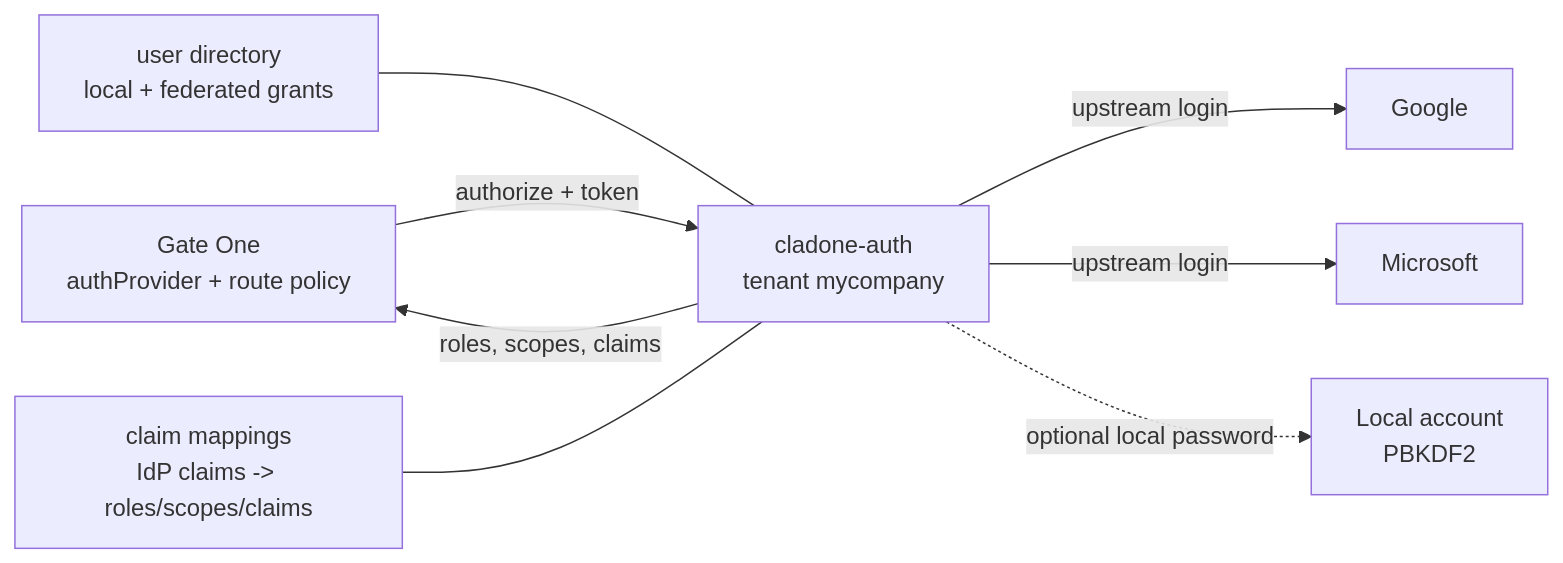
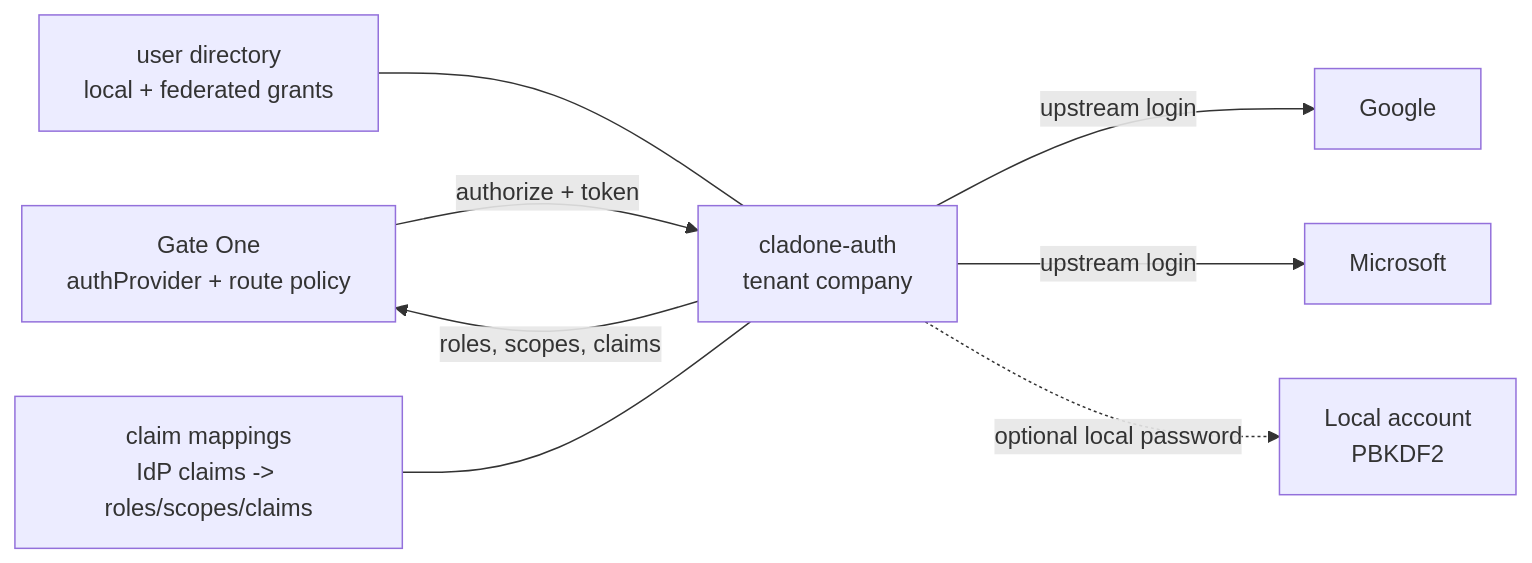
The third of 3 diagrams in content/en/docs/iam-and-providers.md (clad-one/gate-one-doc), drawn with Mermaid before and after one commit. The commit also changed 24 other files, not shown here.

````diff
--- a/content/en/docs/iam-and-providers.md
+++ b/content/en/docs/iam-and-providers.md
@@ -176,10 +176,10 @@
 ```mermaid
 flowchart LR
-  GO["Gate One<br/>authProvider + route policy"] -->|"authorize + token"| BROKER["cladone-auth<br/>tenant mycompany"]
+  GO["Gate One<br/>authProvider + route policy"] -->|"authorize + token"| BROKER["cladone-auth<br/>tenant company"]
   BROKER -->|"upstream login"| G["Google"]
   BROKER -->|"upstream login"| M["Microsoft"]
   BROKER -.->|"optional local password"| L["Local account<br/>PBKDF2"]
   BROKER -->|"roles, scopes, claims"| GO
   USERS["user directory<br/>local + federated grants"] --- BROKER
   MAPPINGS["claim mappings<br/>IdP claims -> roles/scopes/claims"] --- BROKER
 ```
````
